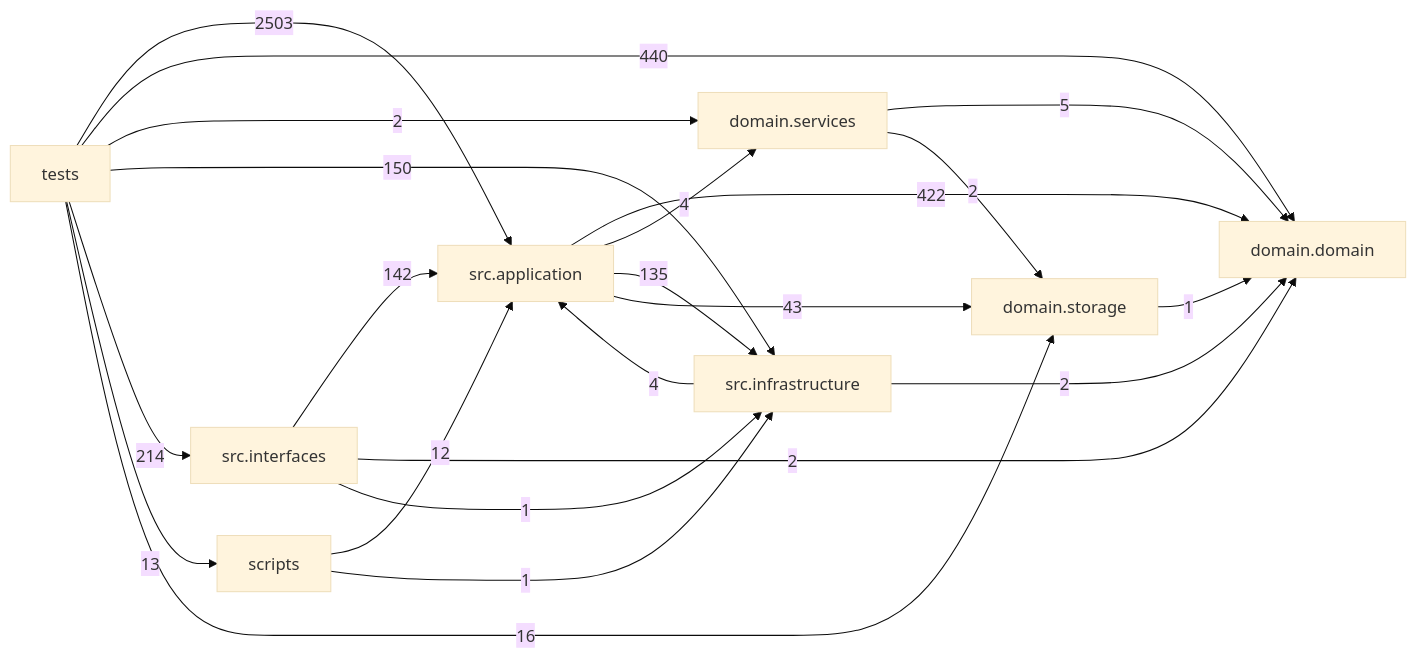
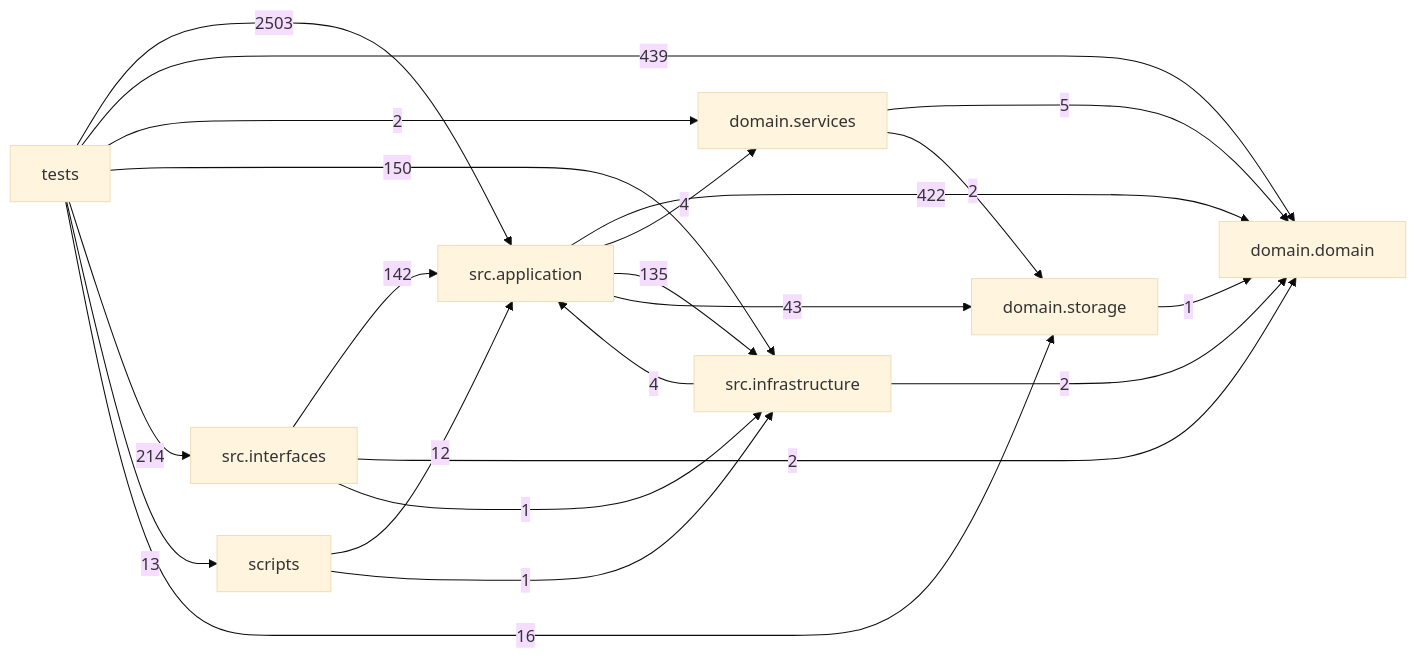
The diagram in docs/DEPENDENCY_GRAPH.md (liuxie066/options-monitor), drawn with Mermaid (base theme) before and after one commit. The commit also changed other lines of this file and 33 other files, not shown here.

````diff
--- a/docs/DEPENDENCY_GRAPH.md
+++ b/docs/DEPENDENCY_GRAPH.md
@@ -24,32 +24,32 @@
 ```mermaid
 flowchart LR
   tests["tests"]
   scripts["scripts"]
   interfaces["src.interfaces"]
   application["src.application"]
   infrastructure["src.infrastructure"]
   domain_services["domain.services"]
   domain["domain.domain"]
   storage["domain.storage"]
   application -->|422| domain
   application -->|4| domain_services
   application -->|135| infrastructure
   application -->|43| storage
   domain_services -->|5| domain
   domain_services -->|2| storage
   infrastructure -->|4| application
   infrastructure -->|2| domain
   interfaces -->|142| application
   interfaces -->|2| domain
   interfaces -->|1| infrastructure
   scripts -->|12| application
   scripts -->|1| infrastructure
   storage -->|1| domain
   tests -->|2503| application
-  tests -->|440| domain
+  tests -->|439| domain
   tests -->|2| domain_services
   tests -->|150| infrastructure
   tests -->|214| interfaces
   tests -->|13| scripts
   tests -->|16| storage
 ```
````
